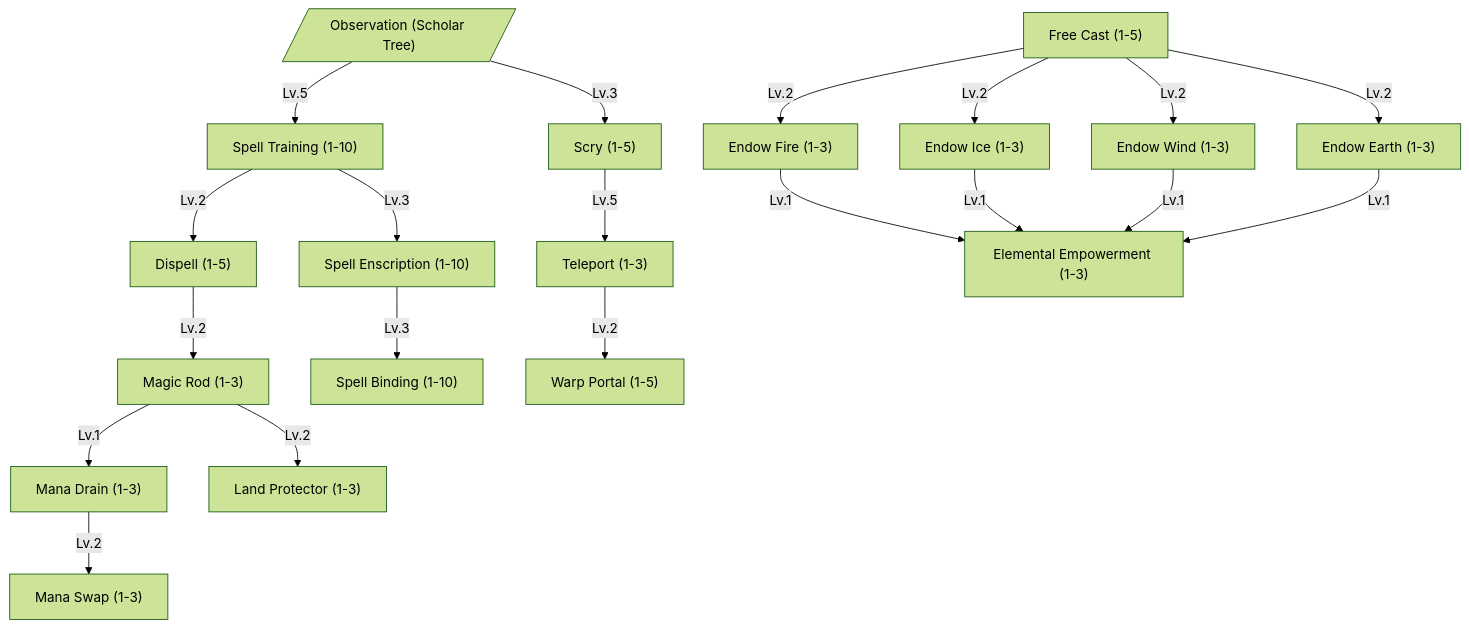
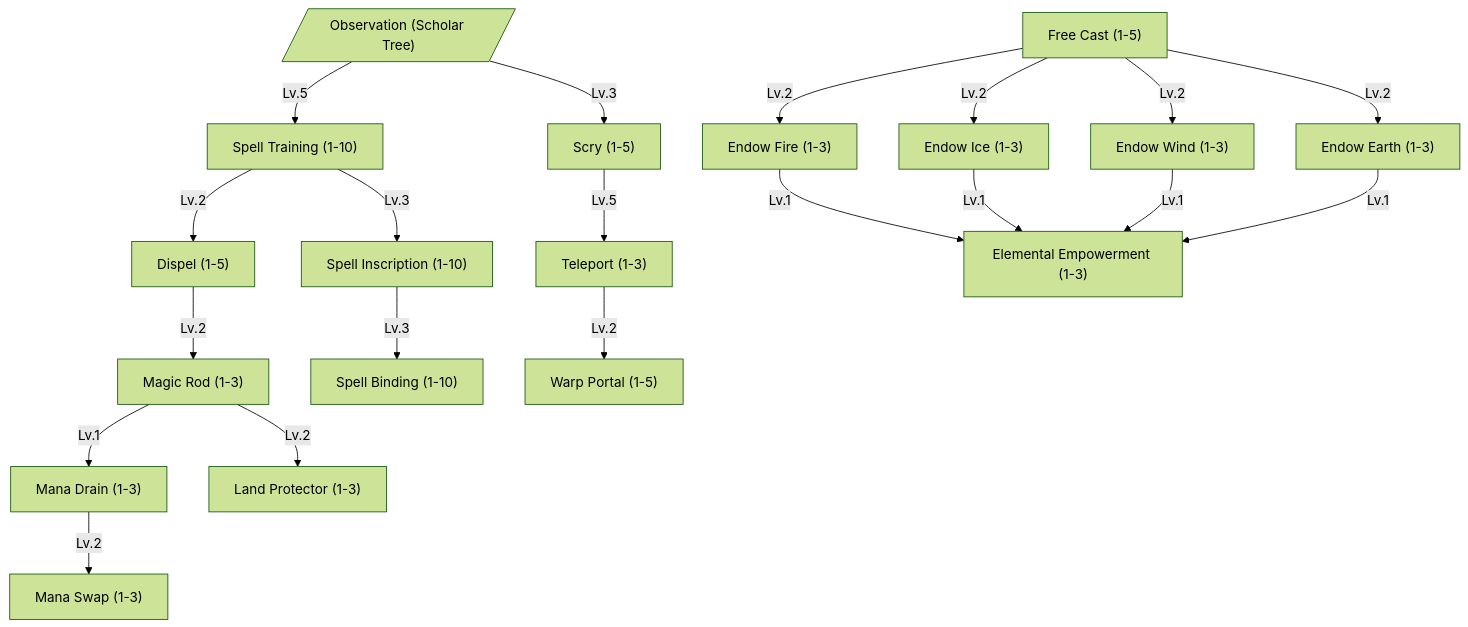
Before and after one commit to tfelix/bestia-docs: diagram 13 of 17 in content/docs/mechanics/master.md, drawn with Mermaid (forest theme). The commit also changed other lines of this file and 4 other files, not shown here.

````diff
--- a/content/docs/mechanics/master.md
+++ b/content/docs/mechanics/master.md
@@ -1509,44 +1509,44 @@
 ```mermaid
 graph TD
     Observation[/"Observation (Scholar Tree)"/]
     SpellTraining["Spell Training (1-10)"]
     FreeCast["Free Cast (1-5)"]
     Scry["Scry (1-5)"]
-    Dispell["Dispell (1-5)"]
-    SpellEnscription["Spell Enscription (1-10)"]
+    Dispel["Dispel (1-5)"]
+    SpellInscription["Spell Inscription (1-10)"]
     SpellBinding["Spell Binding (1-10)"]
     Teleport["Teleport (1-3)"]
     WarpPortal["Warp Portal (1-5)"]
     MagicRod["Magic Rod (1-3)"]
     ManaDrain["Mana Drain (1-3)"]
     ManaSwap["Mana Swap (1-3)"]
     LandProtector["Land Protector (1-3)"]
     EndowFire["Endow Fire (1-3)"]
     EndowIce["Endow Ice (1-3)"]
     EndowWind["Endow Wind (1-3)"]
     EndowEarth["Endow Earth (1-3)"]
     ElementalEmpowerment["Elemental Empowerment (1-3)"]
 
     Observation -->|Lv.5| SpellTraining
     Observation -->|Lv.3| Scry
-    SpellTraining -->|Lv.2| Dispell
-    SpellTraining -->|Lv.3| SpellEnscription
-    SpellEnscription -->|Lv.3| SpellBinding
+    SpellTraining -->|Lv.2| Dispel
+    SpellTraining -->|Lv.3| SpellInscription
+    SpellInscription -->|Lv.3| SpellBinding
 
     Scry -->|Lv.5| Teleport
     Teleport -->|Lv.2| WarpPortal
 
-    Dispell -->|Lv.2| MagicRod
+    Dispel -->|Lv.2| MagicRod
     MagicRod -->|Lv.1| ManaDrain
     ManaDrain -->|Lv.2| ManaSwap
     MagicRod -->|Lv.2| LandProtector
 
     FreeCast -->|Lv.2| EndowFire
     FreeCast -->|Lv.2| EndowIce
     FreeCast -->|Lv.2| EndowWind
     FreeCast -->|Lv.2| EndowEarth
     EndowWind -->|Lv.1| ElementalEmpowerment
     EndowIce -->|Lv.1| ElementalEmpowerment
     EndowFire -->|Lv.1| ElementalEmpowerment
     EndowEarth -->|Lv.1| ElementalEmpowerment
 ```
````
